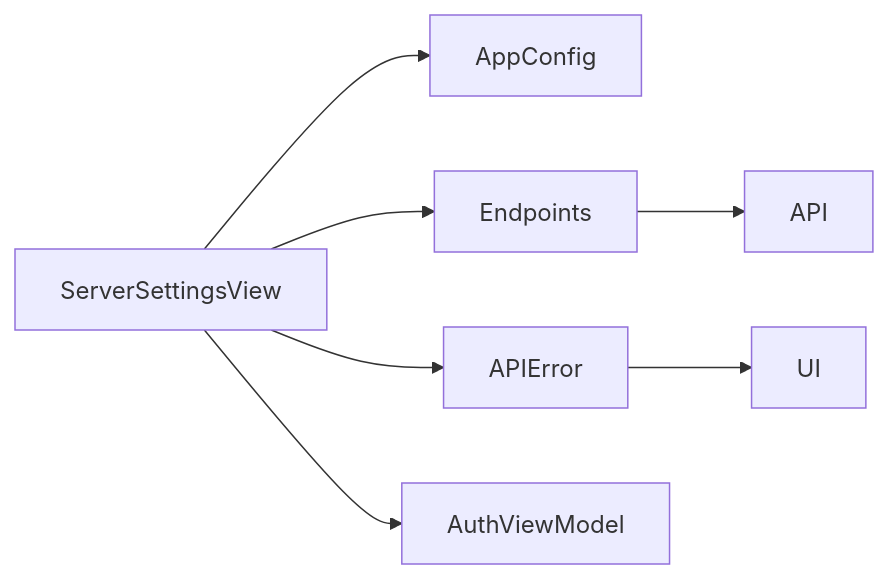
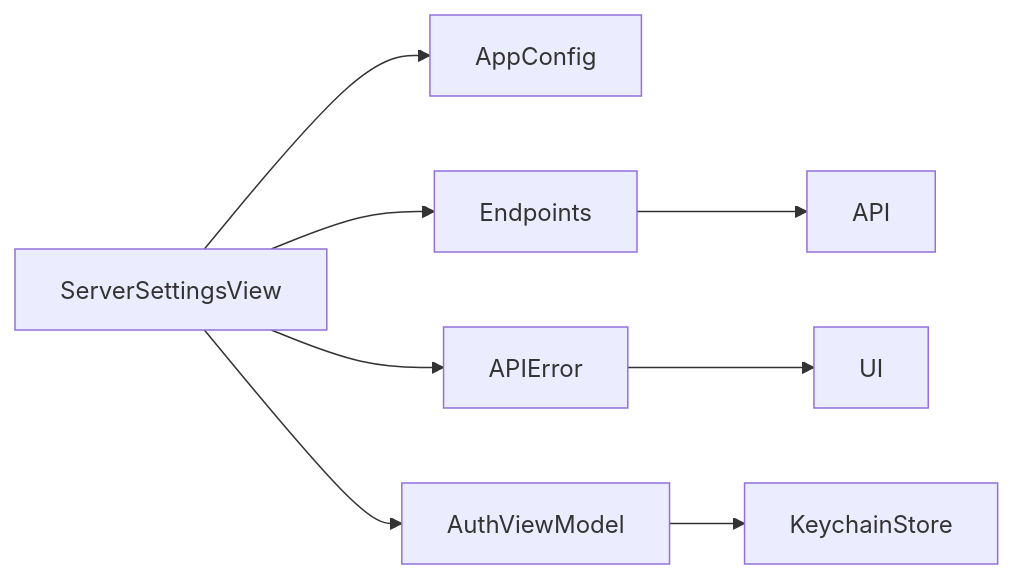
One commit to javaandnet/ainovel changed the sixth of 6 diagrams in .qoder/repowiki/zh/content/iOS 原生应用/认证模块/服务器设置界面.md. Above: the diagram before and after it, drawn with Mermaid. The commit also changed other lines of this file and 89 other files, not shown here.

````diff
--- a/.qoder/repowiki/zh/content/iOS 原生应用/认证模块/服务器设置界面.md
+++ b/.qoder/repowiki/zh/content/iOS 原生应用/认证模块/服务器设置界面.md
@@ -258,9 +302,10 @@
 ```mermaid
 graph LR
 ServerSettingsView --> AppConfig
 ServerSettingsView --> Endpoints
 ServerSettingsView --> APIError
 ServerSettingsView --> AuthViewModel
 Endpoints --> API
 APIError --> UI
+AuthViewModel --> KeychainStore
 ```
````
